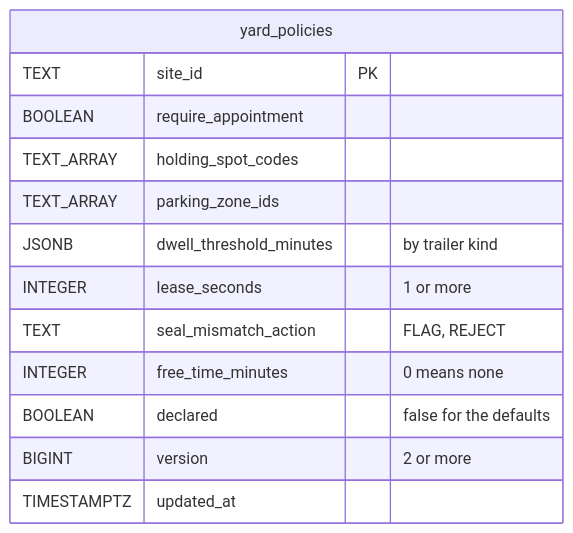
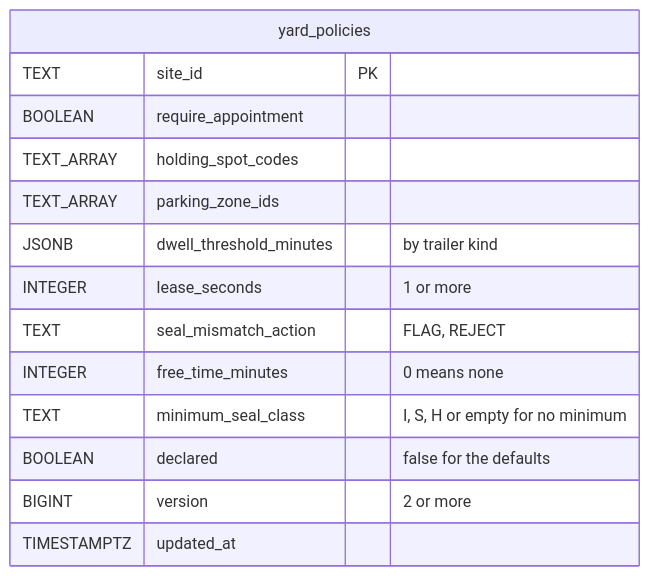
One commit to IQVO/yard-management changed the fifth of 8 diagrams in docs/docs/ddd/entity-relationship.md. Above: the diagram before and after it, drawn with Mermaid. The commit also changed other lines of this file and 103 other files, not shown here.

````diff
--- a/docs/docs/ddd/entity-relationship.md
+++ b/docs/docs/ddd/entity-relationship.md
@@ -141,17 +143,18 @@
 ```mermaid
 erDiagram
     direction LR
     yard_policies {
         TEXT site_id PK
         BOOLEAN require_appointment
         TEXT_ARRAY holding_spot_codes
         TEXT_ARRAY parking_zone_ids
         JSONB dwell_threshold_minutes "by trailer kind"
         INTEGER lease_seconds "1 or more"
         TEXT seal_mismatch_action "FLAG, REJECT"
         INTEGER free_time_minutes "0 means none"
+        TEXT minimum_seal_class "I, S, H or empty for no minimum"
         BOOLEAN declared "false for the defaults"
         BIGINT version "2 or more"
         TIMESTAMPTZ updated_at
     }
 ```
````
